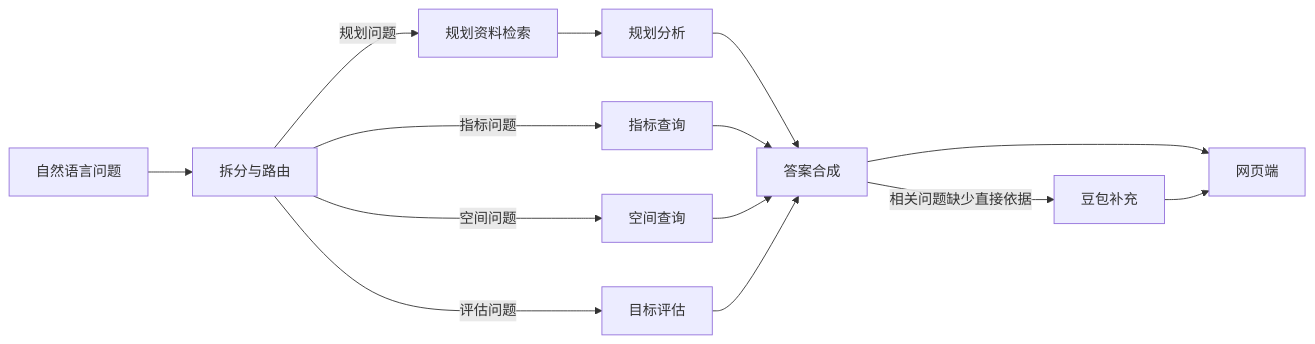
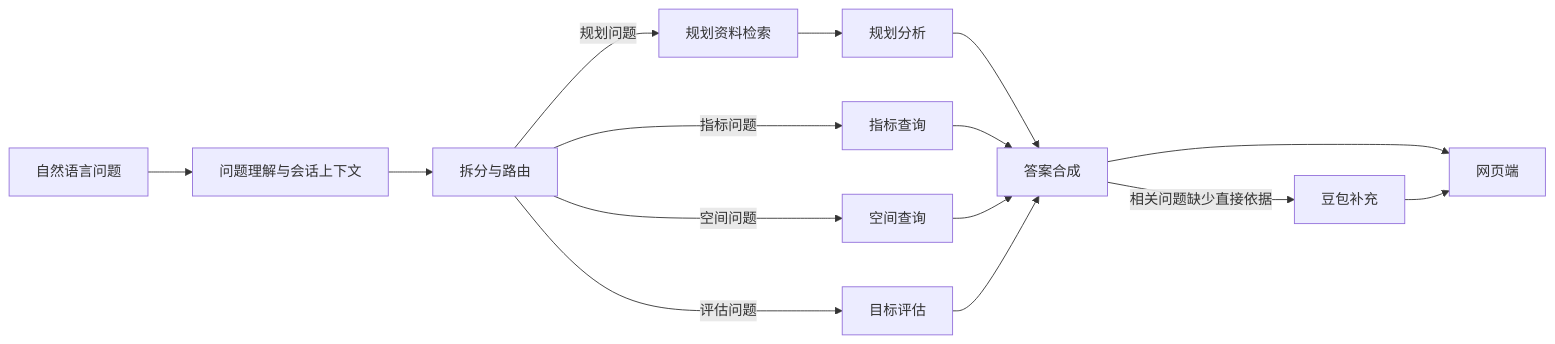
The diagram in README.md (serendipitylin0731/3820_agent), drawn with Mermaid before and after one commit. The commit also changed other lines of this file and 7 other files, not shown here.

````diff
--- a/README.md
+++ b/README.md
@@ -67,16 +67,17 @@
 ```mermaid
 flowchart LR;
-    Q["自然语言问题"] --> R["拆分与路由"];
+    Q["自然语言问题"] --> U["问题理解与会话上下文"];
+    U --> R["拆分与路由"];
     R -->|规划问题| K["规划资料检索"];
     K --> P["规划分析"];
     R -->|指标问题| I["指标查询"];
     R -->|空间问题| S["空间查询"];
     R -->|评估问题| E["目标评估"];
     P --> A["答案合成"];
     I --> A;
     S --> A;
     E --> A;
     A --> W["网页端"];
     A -->|相关问题缺少直接依据| D["豆包补充"];
     D --> W;
 ```
````
